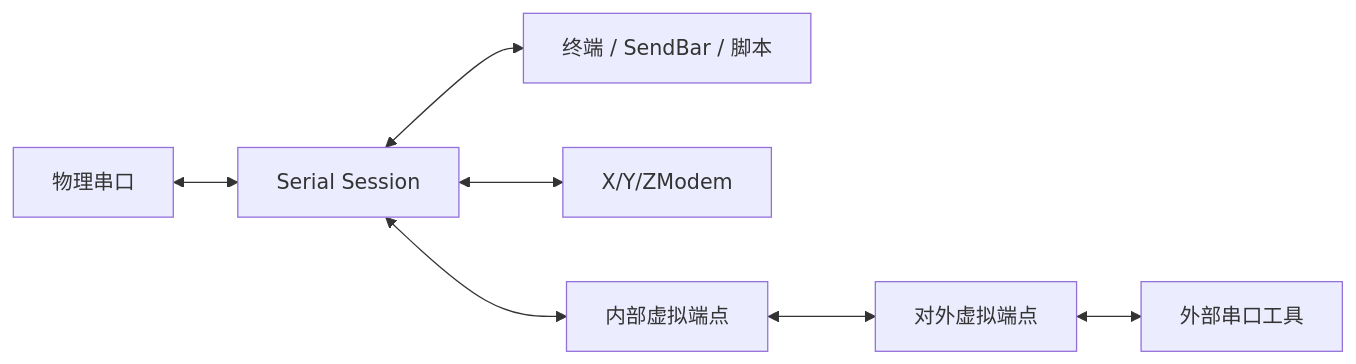
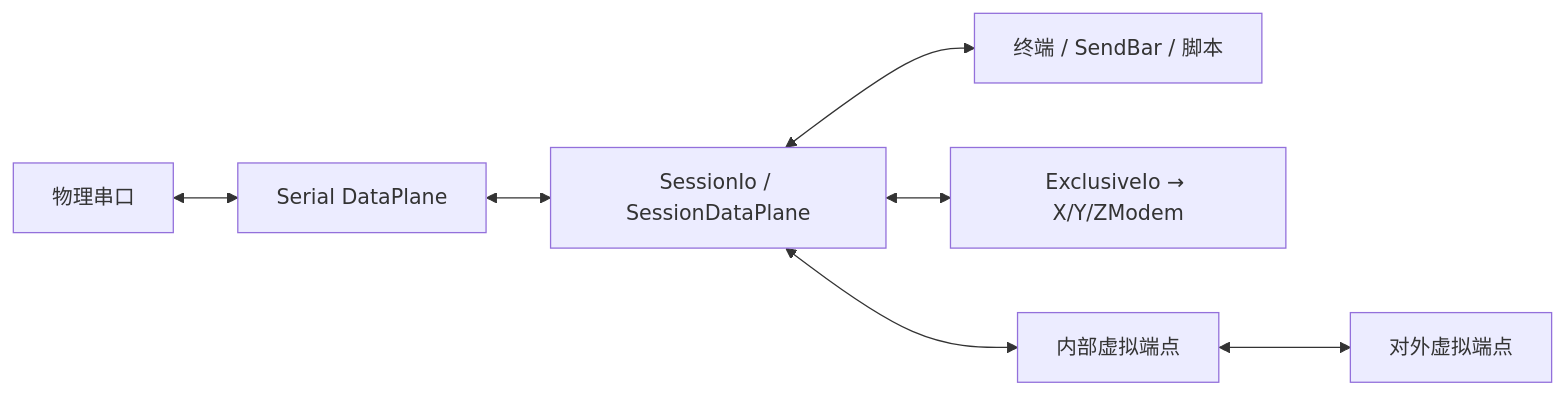
Before and after one commit to hamburger-os/TauTerm: the diagram in docs/modules/SERIAL.md, drawn with Mermaid. The commit also changed other lines of this file, not shown here.

Commit message:
docs: align serial ownership with DataPlane exclusive leases

````diff
--- a/docs/modules/SERIAL.md
+++ b/docs/modules/SERIAL.md
@@ -74,9 +74,9 @@
 ```mermaid
 flowchart LR
-  Device["物理串口"] <--> Session["Serial Session"]
+  Device["物理串口"] <--> DP["Serial DataPlane"]
+  DP <--> Session["SessionIo / SessionDataPlane"]
   Session <--> UI["终端 / SendBar / 脚本"]
-  Session <--> Transfer["X/Y/ZModem"]
+  Session <--> Transfer["ExclusiveIo → X/Y/ZModem"]
   Session <--> Bridge["内部虚拟端点"]
   Bridge <--> External["对外虚拟端点"]
-  External <--> Tool["外部串口工具"]
 ```
````
